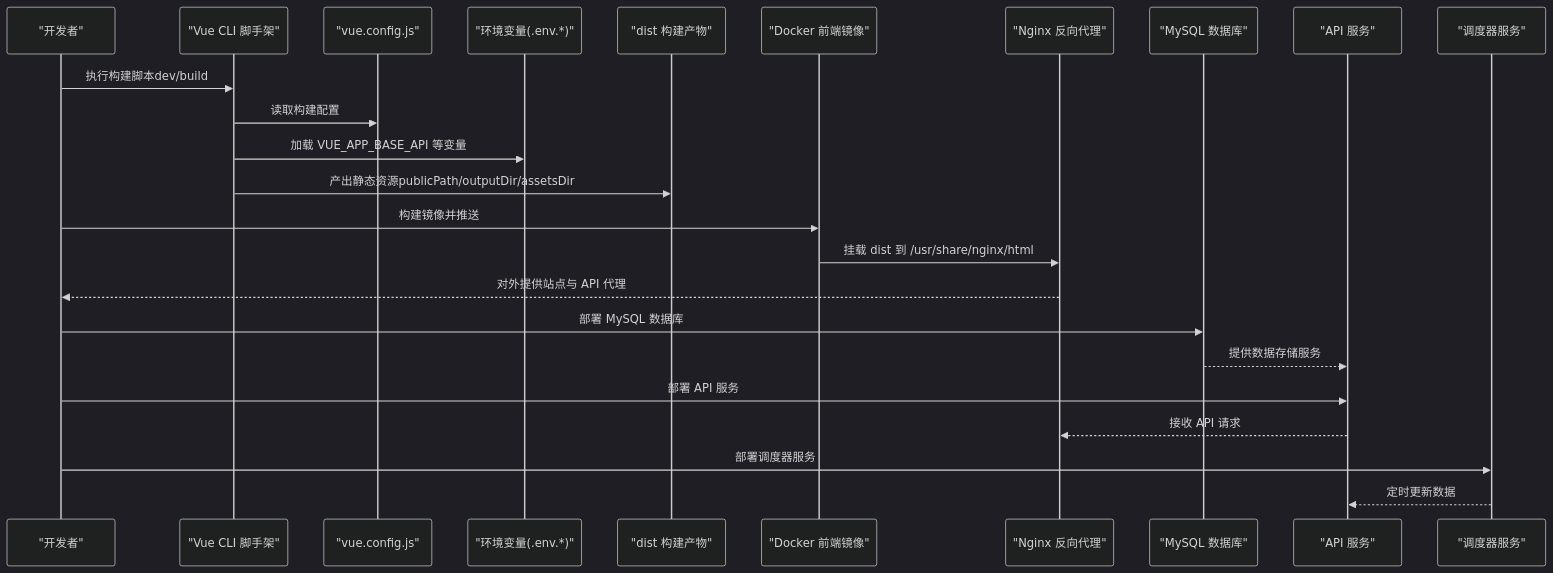
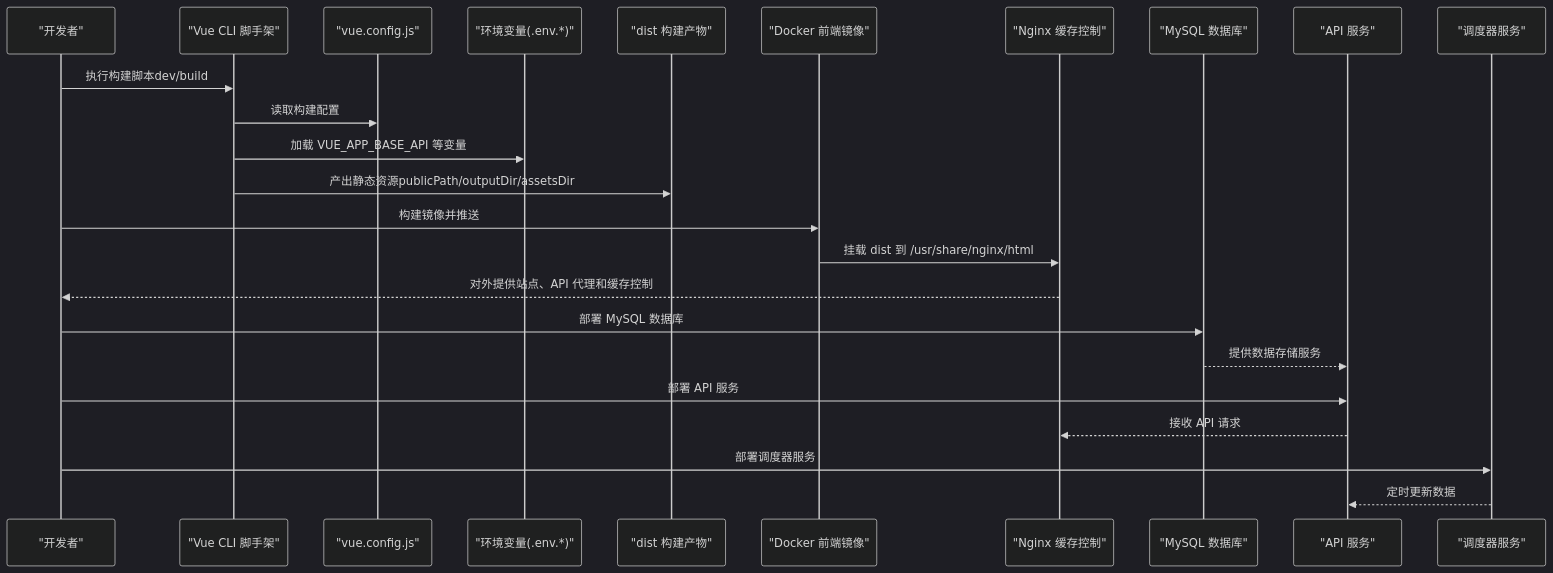
The second of 11 diagrams in .qoder/repowiki/zh/content/前端应用/构建部署/构建部署.md (TinyMaD/SpeedRunnersLab), drawn with Mermaid (dark theme) before and after one commit. The commit also changed other lines of this file and 33 other files, not shown here.

````diff
--- a/.qoder/repowiki/zh/content/前端应用/构建部署/构建部署.md
+++ b/.qoder/repowiki/zh/content/前端应用/构建部署/构建部署.md
@@ -163,26 +172,26 @@
 ```mermaid
 sequenceDiagram
 participant Dev as "开发者"
 participant CLI as "Vue CLI 脚手架"
 participant CFG as "vue.config.js"
 participant ENV as "环境变量(.env.*)"
 participant DIST as "dist 构建产物"
 participant DOCKER as "Docker 前端镜像"
-participant NGINX as "Nginx 反向代理"
+participant NGINX as "Nginx 缓存控制"
 participant MYSQL as "MySQL 数据库"
 participant API as "API 服务"
 participant SCHED as "调度器服务"
 Dev->>CLI : 执行构建脚本dev/build
 CLI->>CFG : 读取构建配置
 CLI->>ENV : 加载 VUE_APP_BASE_API 等变量
 CLI->>DIST : 产出静态资源publicPath/outputDir/assetsDir
 Dev->>DOCKER : 构建镜像并推送
 DOCKER->>NGINX : 挂载 dist 到 /usr/share/nginx/html
-NGINX-->>Dev : 对外提供站点与 API 代理
+NGINX-->>Dev : 对外提供站点、API 代理和缓存控制
 Dev->>MYSQL : 部署 MySQL 数据库
 MYSQL-->>API : 提供数据存储服务
 Dev->>API : 部署 API 服务
 API-->>NGINX : 接收 API 请求
 Dev->>SCHED : 部署调度器服务
 SCHED-->>API : 定时更新数据
 ```
````
